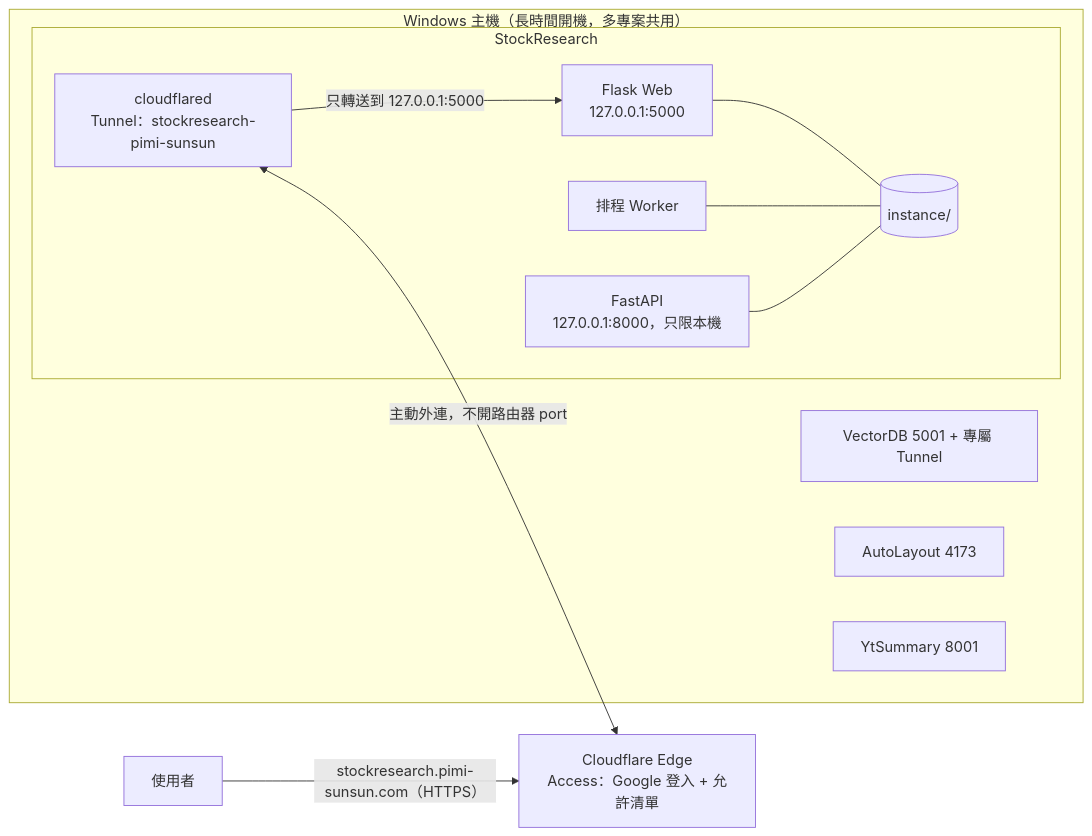
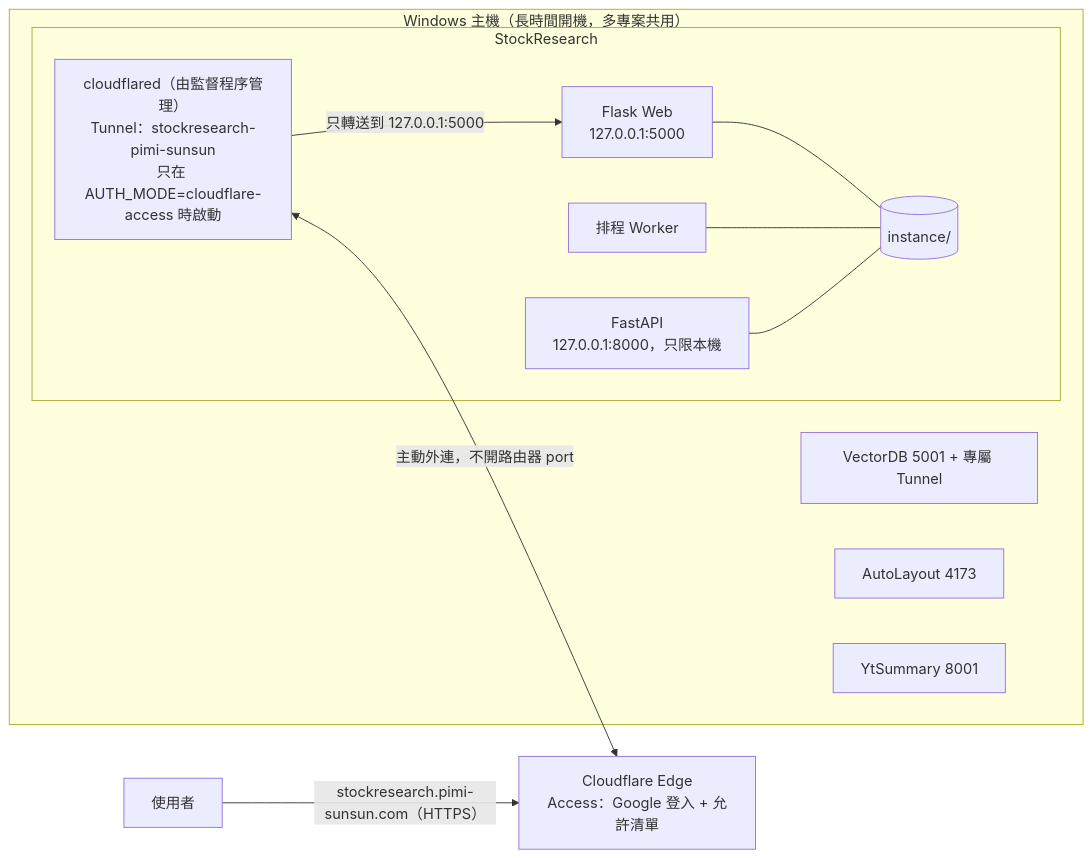
One commit to ryan73093/StockResearch changed the sixth of 6 diagrams in docs/system_architecture.md. Above: the diagram before and after it, drawn with Mermaid. The commit also changed other lines of this file and 38 other files, not shown here.

````diff
--- a/docs/system_architecture.md
+++ b/docs/system_architecture.md
@@ -179,24 +179,24 @@
 ```mermaid
 flowchart LR
     subgraph HOST["Windows 主機（長時間開機，多專案共用）"]
       subgraph SR["StockResearch"]
         WEBAPP["Flask Web<br/>127.0.0.1:5000"]
         WORKER["排程 Worker"]
         APIAPP["FastAPI<br/>127.0.0.1:8000，只限本機"]
         DB[(instance/)]
-        TUN_SR["cloudflared<br/>Tunnel：stockresearch-pimi-sunsun"]
+        TUN_SR["cloudflared（由監督程序管理）<br/>Tunnel：stockresearch-pimi-sunsun<br/>只在 AUTH_MODE=cloudflare-access 時啟動"]
       end
       VDB["VectorDB 5001 + 專屬 Tunnel"]
       AL["AutoLayout 4173"]
       YT["YtSummary 8001"]
     end
     EDGE["Cloudflare Edge<br/>Access：Google 登入 + 允許清單"]
     PHONE[使用者]
 
     WEBAPP --- DB
     WORKER --- DB
     APIAPP --- DB
     TUN_SR -->|只轉送到 127.0.0.1:5000| WEBAPP
     TUN_SR <-->|主動外連，不開路由器 port| EDGE
     PHONE -->|"stockresearch.pimi-sunsun.com（HTTPS）"| EDGE
 ```
````
